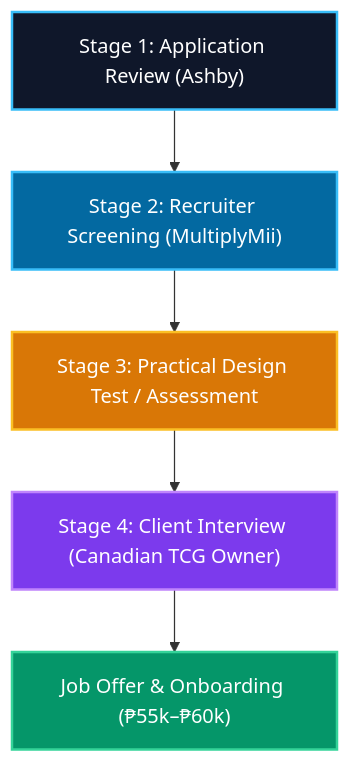
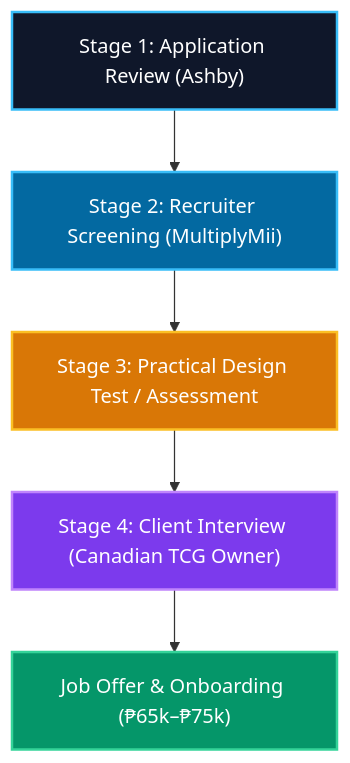
One commit to jezleybag-graphics/jezreel-portfolio changed the first of 2 diagrams in applications/multiplymii-ecommerce-graphic-designer/INTERVIEW_AND_PRACTICAL_TEST_PLAYBOOK.md. Above: the diagram before and after it, drawn with Mermaid. The commit also changed other lines of this file and 2 other files, not shown here.

````diff
--- a/applications/multiplymii-ecommerce-graphic-designer/INTERVIEW_AND_PRACTICAL_TEST_PLAYBOOK.md
+++ b/applications/multiplymii-ecommerce-graphic-designer/INTERVIEW_AND_PRACTICAL_TEST_PLAYBOOK.md
@@ -14,13 +14,13 @@
 ```mermaid
 flowchart TD
     A["Stage 1: Application Review (Ashby)"] --> B["Stage 2: Recruiter Screening (MultiplyMii)"]
     B --> C["Stage 3: Practical Design Test / Assessment"]
+    D --> E["Job Offer & Onboarding (₱65k–₱75k)"]
     C --> D["Stage 4: Client Interview (Canadian TCG Owner)"]
-    D --> E["Job Offer & Onboarding (₱55k–₱60k)"]
 
     style A fill:#0f172a,stroke:#38bdf8,stroke-width:2px,color:#fff
     style B fill:#0369a1,stroke:#38bdf8,stroke-width:2px,color:#fff
     style C fill:#d97706,stroke:#fbbf24,stroke-width:2px,color:#fff
     style D fill:#7c3aed,stroke:#c084fc,stroke-width:2px,color:#fff
     style E fill:#059669,stroke:#34d399,stroke-width:2px,color:#fff
 ```
````
